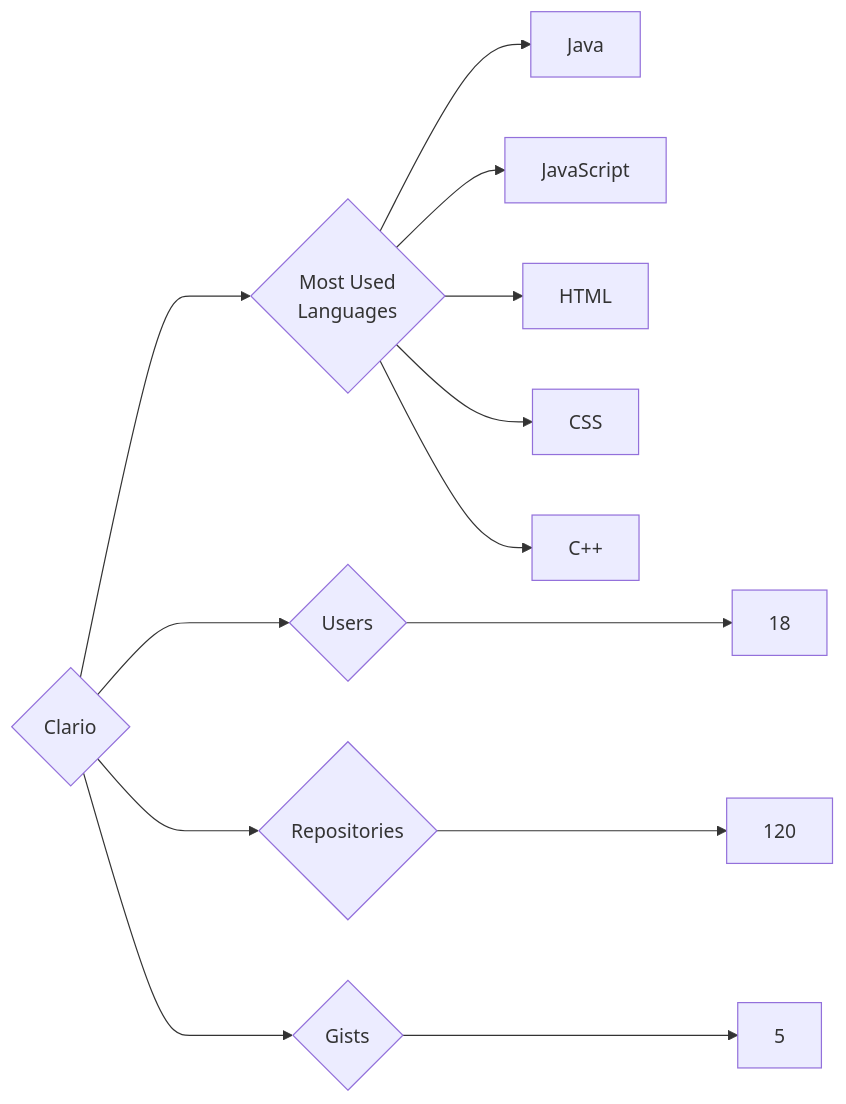
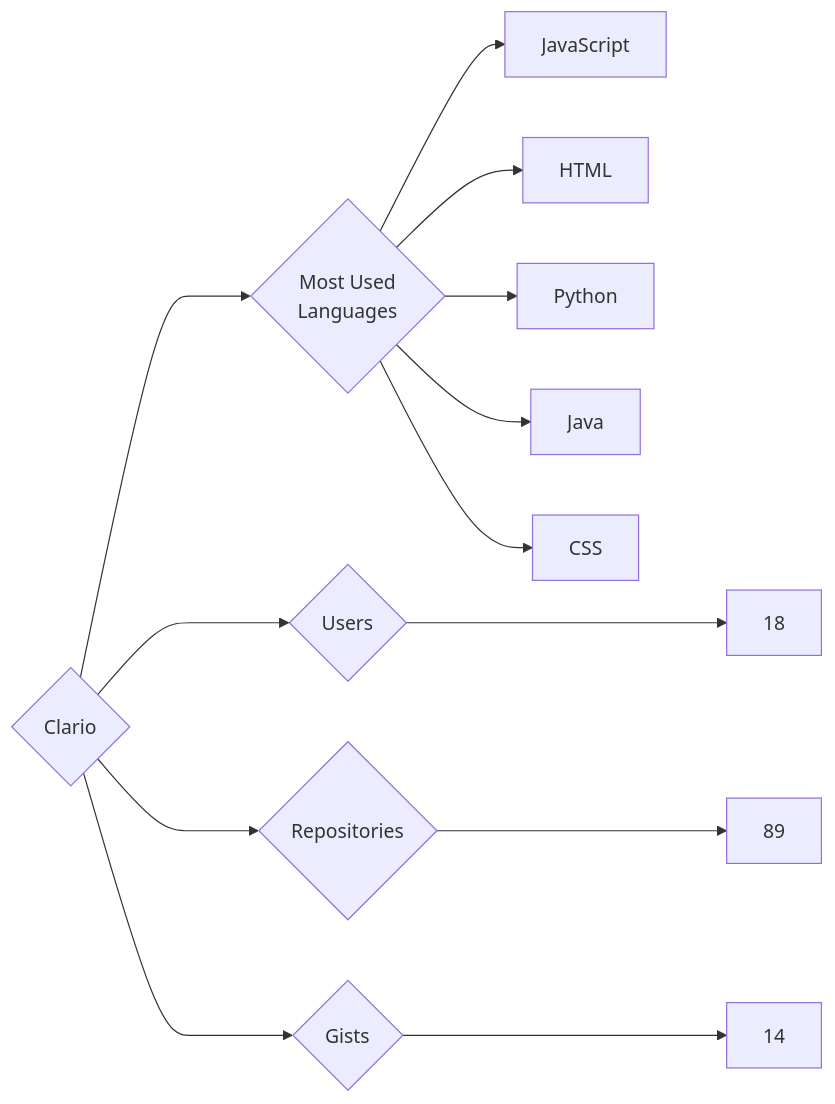
The diagram in targets/Clario/README.md (trickest/insiders), drawn with Mermaid before and after one commit. The commit also changed 688 other files, not shown here.

````diff
--- a/targets/Clario/README.md
+++ b/targets/Clario/README.md
@@ -3,13 +3,13 @@
 ```mermaid
 graph LR
 COMPANY_NAME{Clario}
 COMPANY_NAME ---> U{Users} ---> UN[18]
-COMPANY_NAME ---> R{Repositories} ---> RN[120]
-COMPANY_NAME ---> G{Gists} ---> GN[5]
+COMPANY_NAME ---> R{Repositories} ---> RN[89]
+COMPANY_NAME ---> G{Gists} ---> GN[14]
 COMPANY_NAME ---> ML{Most Used<br>Languages}
-ML --> Java[Java]
 ML --> JavaScript[JavaScript]
 ML --> HTML[HTML]
+ML --> Python[Python]
+ML --> Java[Java]
 ML --> CSS[CSS]
-ML --> C++[C++]
 ```
````
